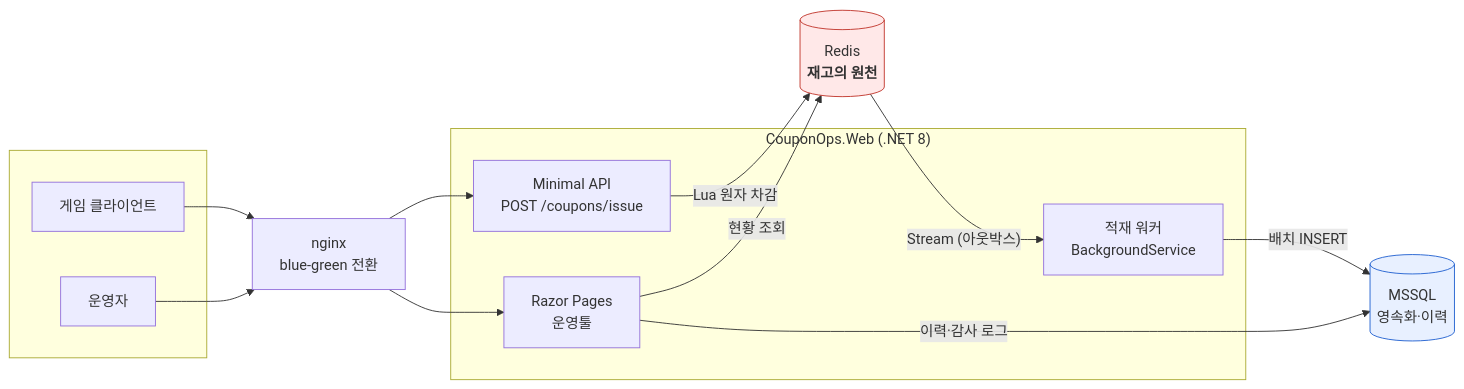
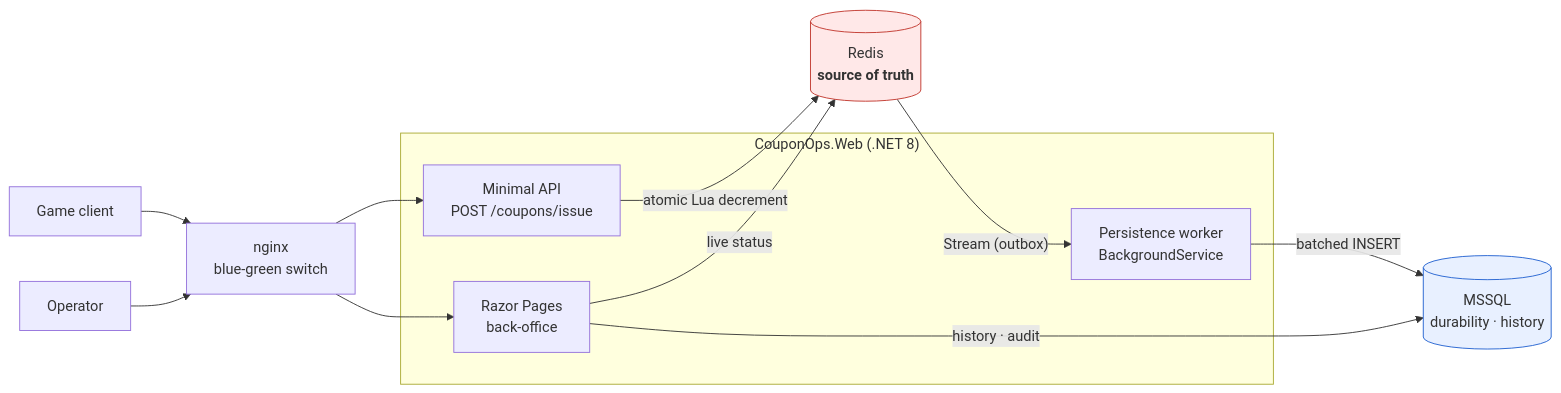
Before and after one commit to hyunolike/game-event-ops-poc: the diagram in README.md, drawn with Mermaid. The commit also changed other lines of this file and 15 other files, not shown here.

````diff
--- a/README.md
+++ b/README.md
@@ -12,31 +224,28 @@
 ```mermaid
 flowchart LR
-    subgraph clients [ ]
-        Player["게임 클라이언트"]
-        Admin["운영자"]
-    end
-
-    Proxy["nginx<br/>blue-green 전환"]
+    Player["Game client"]
+    Admin["Operator"]
+    Proxy["nginx<br/>blue-green switch"]
 
     subgraph app ["CouponOps.Web (.NET 8)"]
         API["Minimal API<br/>POST /coupons/issue"]
-        Pages["Razor Pages<br/>운영툴"]
-        Worker["적재 워커<br/>BackgroundService"]
+        Pages["Razor Pages<br/>back-office"]
+        Worker["Persistence worker<br/>BackgroundService"]
     end
 
-    Redis[("Redis<br/><b>재고의 원천</b>")]
-    DB[("MSSQL<br/>영속화·이력")]
+    Redis[("Redis<br/><b>source of truth</b>")]
+    DB[("MSSQL<br/>durability · history")]
 
     Player --> Proxy --> API
     Admin --> Proxy --> Pages
 
-    API -- "Lua 원자 차감" --> Redis
-    Redis -- "Stream (아웃박스)" --> Worker
-    Worker -- "배치 INSERT" --> DB
+    API -- "atomic Lua decrement" --> Redis
+    Redis -- "Stream (outbox)" --> Worker
+    Worker -- "batched INSERT" --> DB
 
-    Pages -- "현황 조회" --> Redis
-    Pages -- "이력·감사 로그" --> DB
+    Pages -- "live status" --> Redis
+    Pages -- "history · audit" --> DB
 
     style Redis fill:#ffe8e8,stroke:#c0342b
     style DB fill:#e8f0ff,stroke:#1f5fd0
 ```
````
